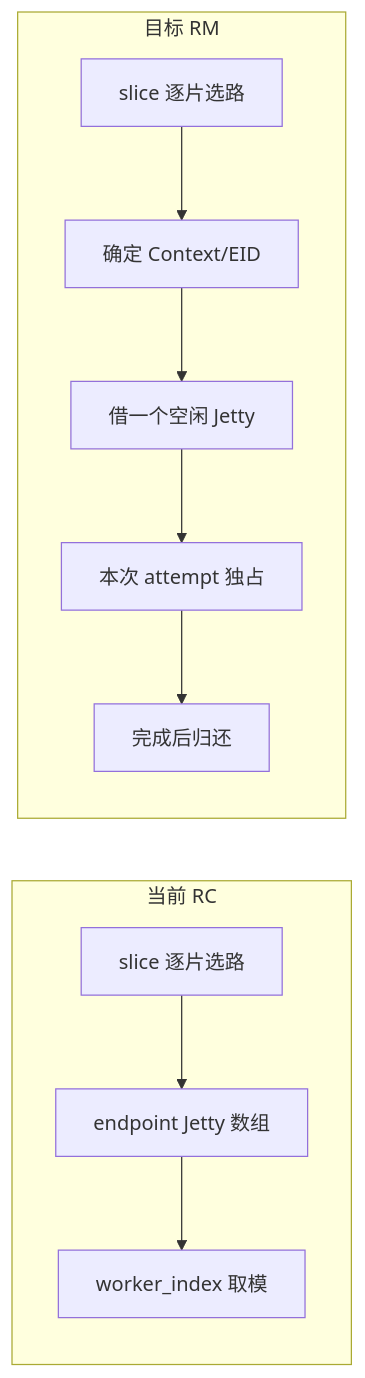
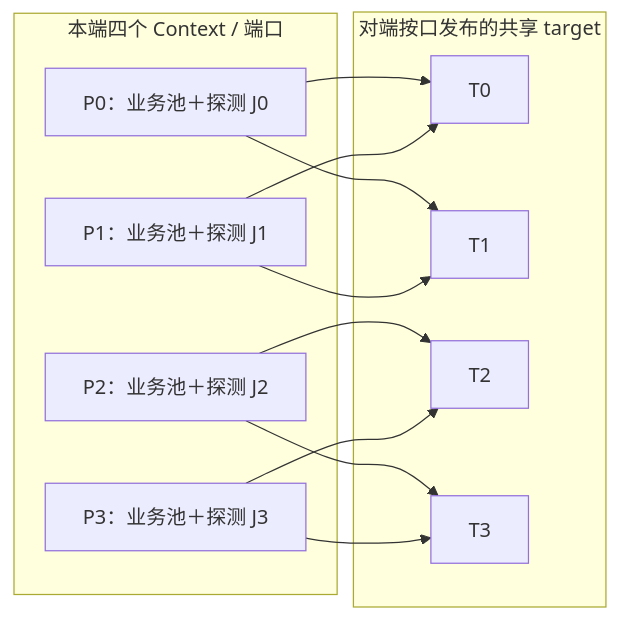
The second of 8 diagrams in docs/analyze/tent-ub-rm-jetty-pool-design.md (HangCong126/Supercache), drawn with Mermaid before and after one commit. The commit also changed other lines of this file and 2 other files, not shown here.

Commit message:
[Doc] Redesign TENT RM Jetty pools and thread lifecycle

````diff
--- a/docs/analyze/tent-ub-rm-jetty-pool-design.md
+++ b/docs/analyze/tent-ub-rm-jetty-pool-design.md
@@ -73,13 +140,23 @@
 ```mermaid
 flowchart LR
-    subgraph Current["当前 RC"]
-        S["slice 逐片选路"] --> E["endpoint Jetty 数组"]
-        E --> J["worker_index 取模"]
+    subgraph A["本端四个 Context / 端口"]
+        P0["P0：业务池＋探测 J0"]
+        P1["P1：业务池＋探测 J1"]
+        P2["P2：业务池＋探测 J2"]
+        P3["P3：业务池＋探测 J3"]
     end
-    subgraph Proposed["目标 RM"]
-        P["slice 逐片选路"] --> Context["确定 Context/EID"]
-        Context --> Pool["借一个空闲 Jetty"]
-        Pool --> Attempt["本次 attempt 独占"]
-        Attempt --> Back["完成后归还"]
+    subgraph B["对端按口发布的共享 target"]
+        T0["T0"]
+        T1["T1"]
+        T2["T2"]
+        T3["T3"]
     end
+    P0 --> T0
+    P0 --> T1
+    P1 --> T0
+    P1 --> T1
+    P2 --> T2
+    P2 --> T3
+    P3 --> T2
+    P3 --> T3
 ```
````
